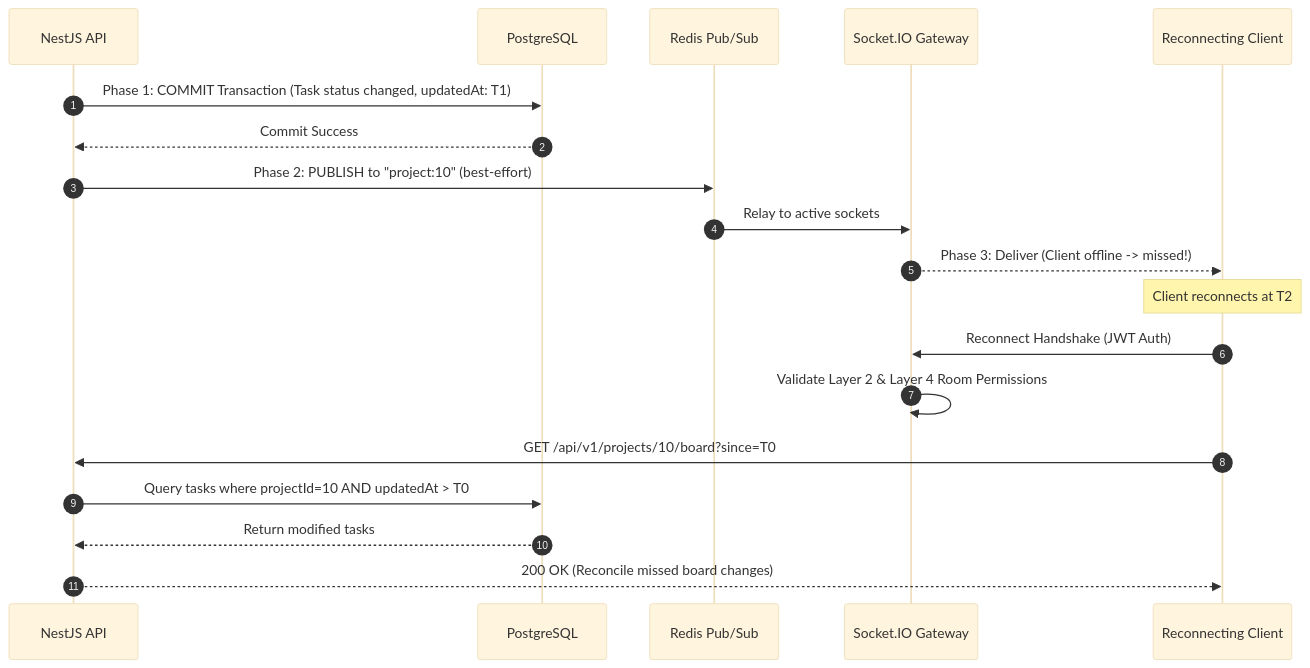
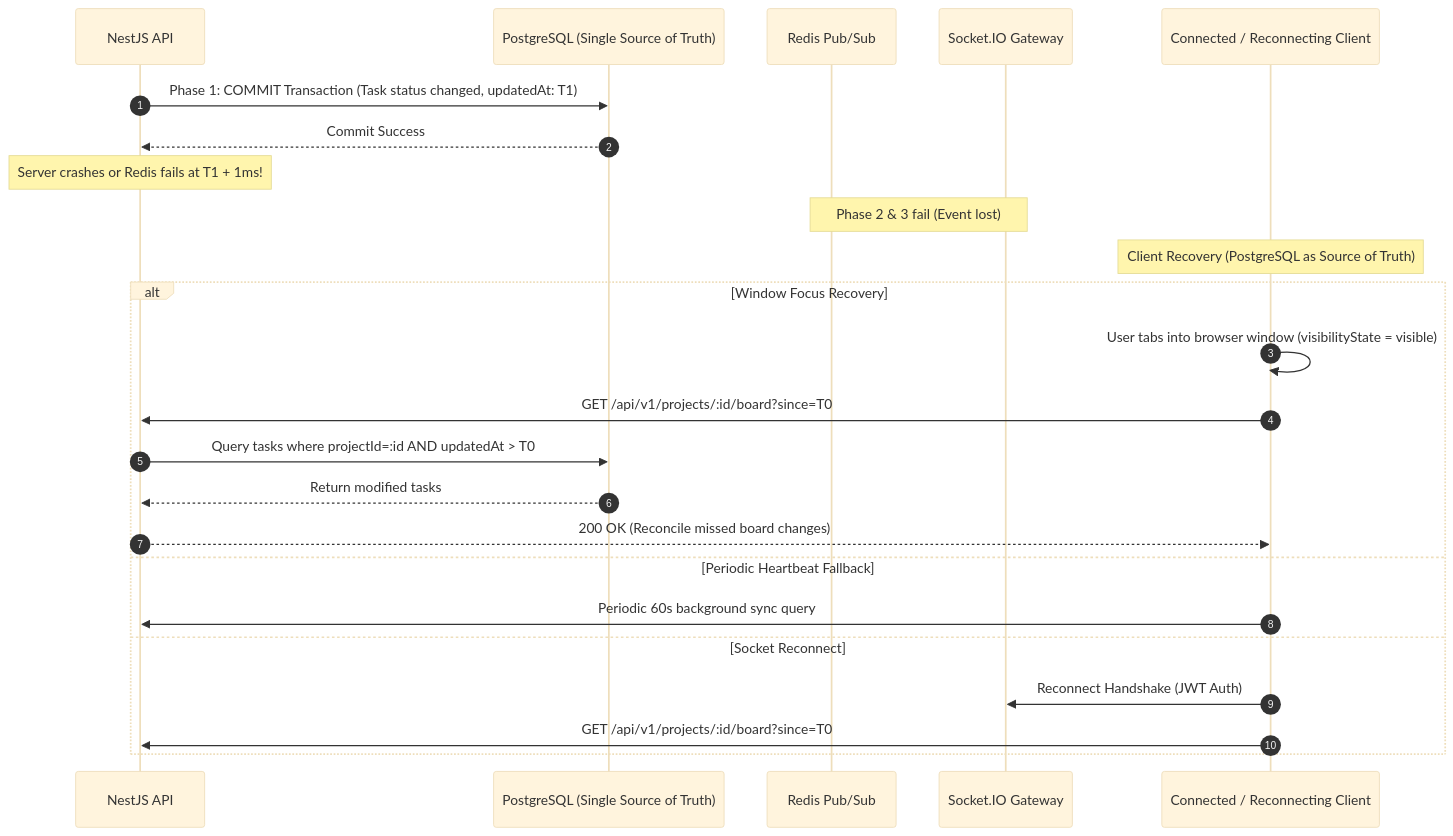
Before and after one commit to Y0oLK/teamflow: the fifth of 6 diagrams in docs/00-project-overview/requirements.md, drawn with Mermaid (base theme). The commit also changed other lines of this file and 3 other files, not shown here.

````diff
--- a/docs/00-project-overview/requirements.md
+++ b/docs/00-project-overview/requirements.md
@@ -208,23 +204,28 @@
 ```mermaid
 sequenceDiagram
     autonumber
     participant API as NestJS API
-    participant DB as PostgreSQL
+    participant DB as PostgreSQL (Single Source of Truth)
     participant Redis as Redis Pub/Sub
     participant Gateway as Socket.IO Gateway
-    participant Client as Reconnecting Client
+    participant Client as Connected / Reconnecting Client
 
     API->>DB: Phase 1: COMMIT Transaction (Task status changed, updatedAt: T1)
     DB-->>API: Commit Success
-    API->>Redis: Phase 2: PUBLISH to "project:10" (best-effort)
-    Redis->>Gateway: Relay to active sockets
-    Gateway-->>Client: Phase 3: Deliver (Client offline -> missed!)
-    
-    Note over Client: Client reconnects at T2
-    Client->>Gateway: Reconnect Handshake (JWT Auth)
-    Gateway->>Gateway: Validate Layer 2 & Layer 4 Room Permissions
-    Client->>API: GET /api/v1/projects/10/board?since=T0
-    API->>DB: Query tasks where projectId=10 AND updatedAt > T0
-    DB-->>API: Return modified tasks
-    API-->>Client: 200 OK (Reconcile missed board changes)
+    Note over API: Server crashes or Redis fails at T1 + 1ms!
+    Note over Redis,Gateway: Phase 2 & 3 fail (Event lost)
+
+    Note over Client: Client Recovery (PostgreSQL as Source of Truth)
+    alt Window Focus Recovery
+        Client->>Client: User tabs into browser window (visibilityState = visible)
+        Client->>API: GET /api/v1/projects/:id/board?since=T0
+        API->>DB: Query tasks where projectId=:id AND updatedAt > T0
+        DB-->>API: Return modified tasks
+        API-->>Client: 200 OK (Reconcile missed board changes)
+    else Periodic Heartbeat Fallback
+        Client->>API: Periodic 60s background sync query
+    else Socket Reconnect
+        Client->>Gateway: Reconnect Handshake (JWT Auth)
+        Client->>API: GET /api/v1/projects/:id/board?since=T0
+    end
 ```
````
